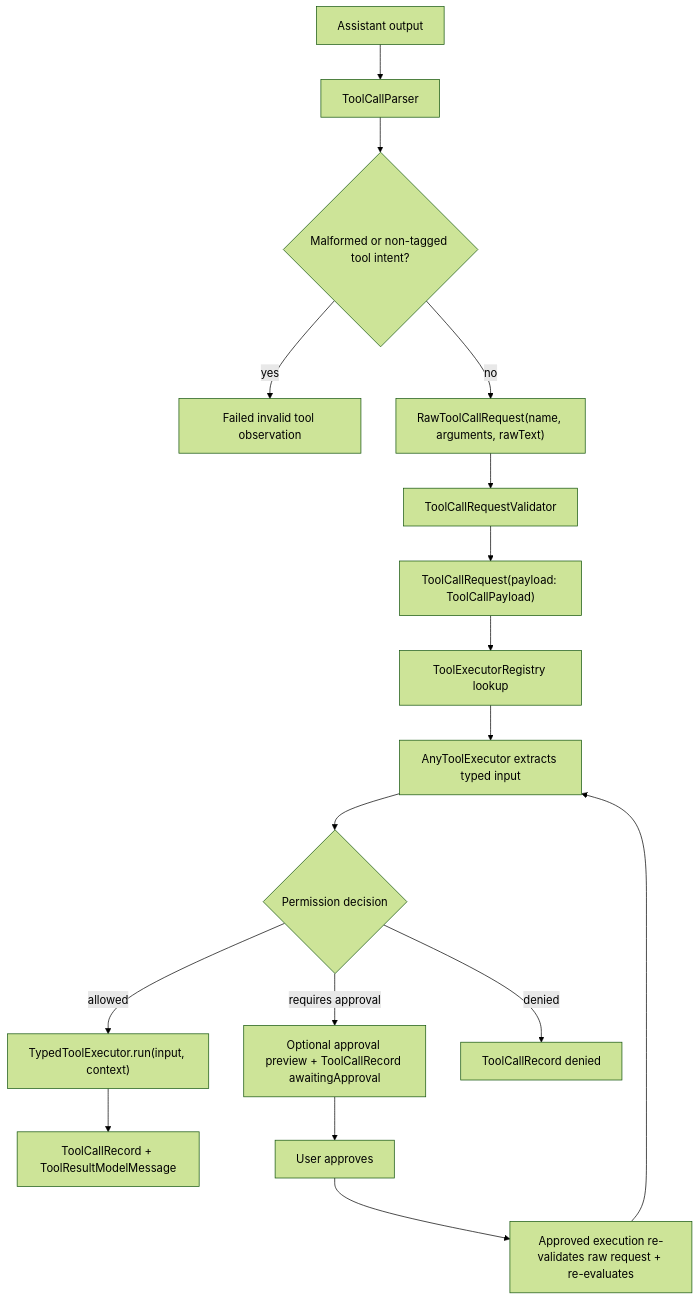
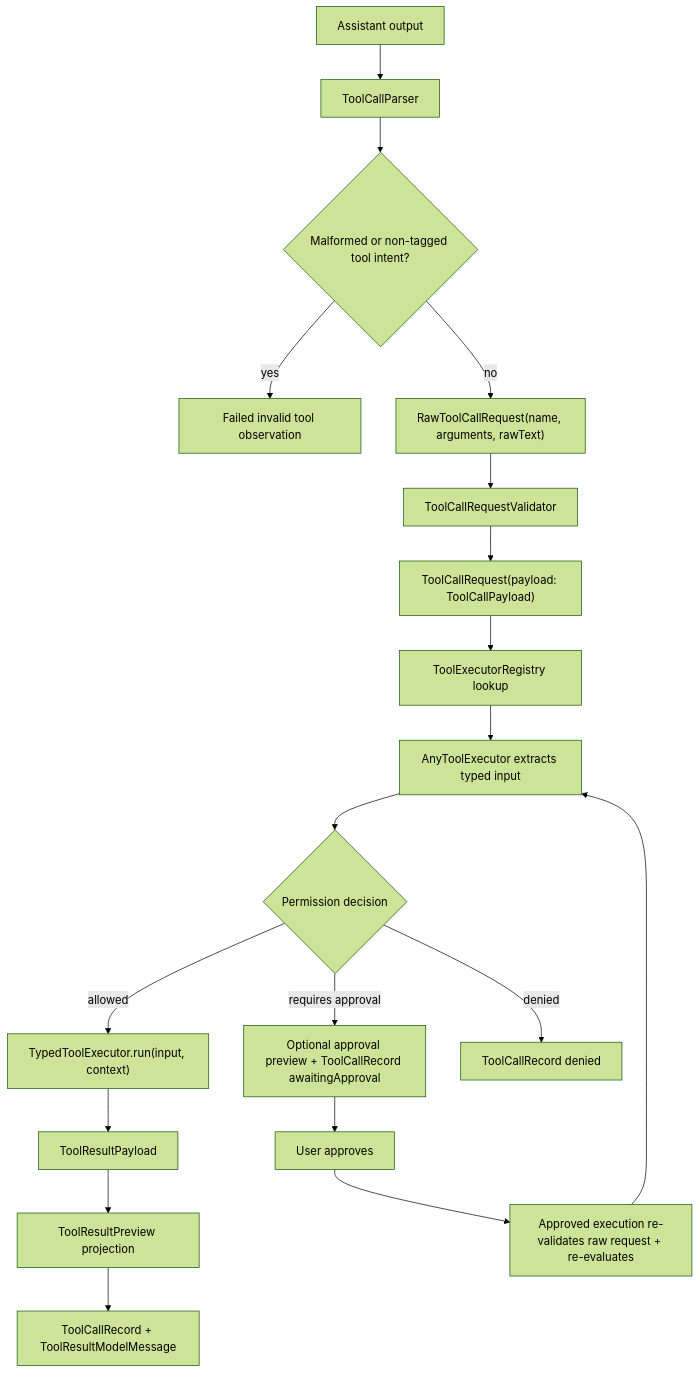
Before and after one commit to ngutech21/sumika-chat: the diagram in docs/tool-runtime.md, drawn with Mermaid (forest theme). The commit also changed other lines of this file and 12 other files, not shown here.

Commit message:
refactor: add typed ToolResult payloads and recovery reasons fixes #13

````diff
--- a/docs/tool-runtime.md
+++ b/docs/tool-runtime.md
@@ -10,19 +10,21 @@
 ```mermaid
 flowchart TD
   A["Assistant output"] --> B["ToolCallParser"]
   B --> Z{"Malformed or non-tagged tool intent?"}
   Z -- "yes" --> Y["Failed invalid tool observation"]
   Z -- "no" --> C["RawToolCallRequest(name, arguments, rawText)"]
   C --> D["ToolCallRequestValidator"]
   D --> E["ToolCallRequest(payload: ToolCallPayload)"]
   E --> F["ToolExecutorRegistry lookup"]
   F --> G["AnyToolExecutor extracts typed input"]
   G --> H{"Permission decision"}
   H -- "allowed" --> I["TypedToolExecutor.run(input, context)"]
   H -- "requires approval" --> J["Optional approval preview + ToolCallRecord awaitingApproval"]
   H -- "denied" --> K["ToolCallRecord denied"]
-  I --> L["ToolCallRecord + ToolResultModelMessage"]
+  I --> L["ToolResultPayload"]
+  L --> O["ToolResultPreview projection"]
+  O --> P["ToolCallRecord + ToolResultModelMessage"]
   J --> M["User approves"]
   M --> N["Approved execution re-validates raw request + re-evaluates"]
   N --> G
 ```
````
